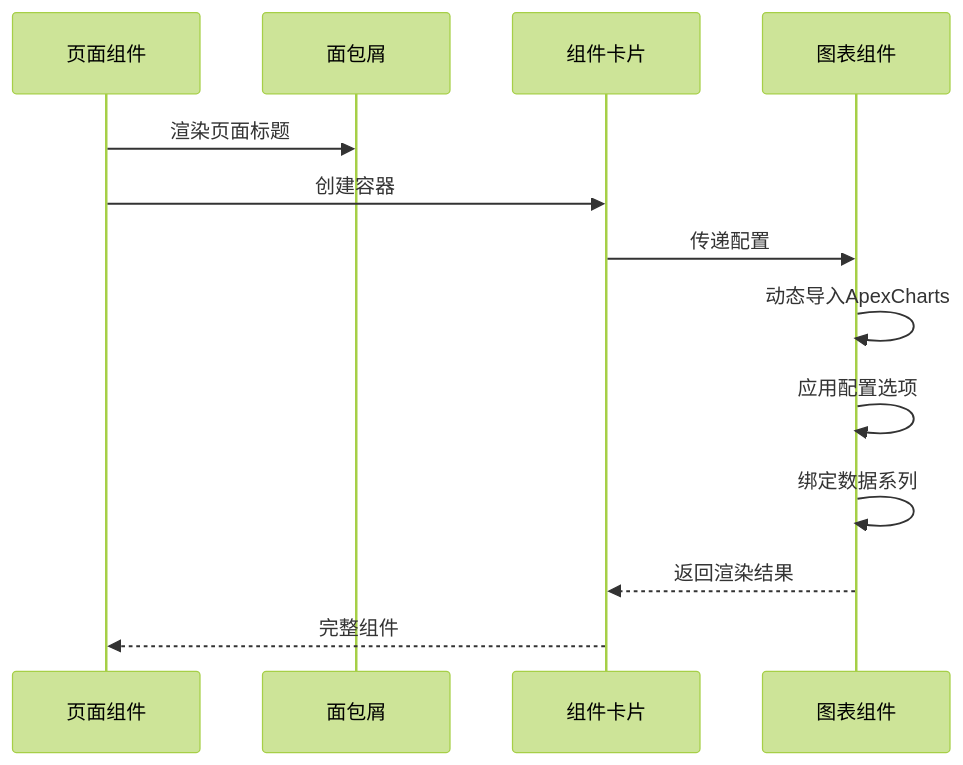
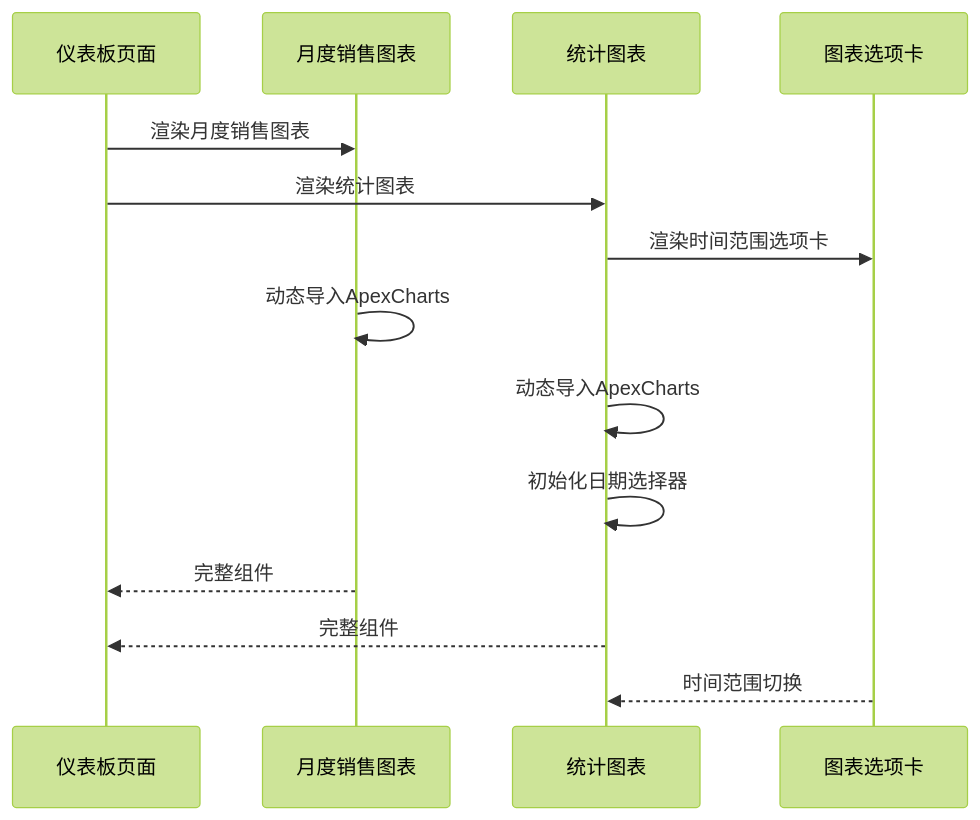
Before and after one commit to HAOFUYANG/nextjs-admin: the fifth of 9 diagrams in .qoder/repowiki/zh/content/页面路由系统/页面类型组织结构/图表页面.md, drawn with Mermaid (forest theme). The commit also changed other lines of this file and 36 other files, not shown here.

````diff
--- a/.qoder/repowiki/zh/content/页面路由系统/页面类型组织结构/图表页面.md
+++ b/.qoder/repowiki/zh/content/页面路由系统/页面类型组织结构/图表页面.md
@@ -297,15 +301,16 @@
 ```mermaid
 sequenceDiagram
-participant Page as 页面组件
-participant Breadcrumb as 面包屑
-participant Card as 组件卡片
-participant Chart as 图表组件
-Page->>Breadcrumb : 渲染页面标题
-Page->>Card : 创建容器
-Card->>Chart : 传递配置
-Chart->>Chart : 动态导入ApexCharts
-Chart->>Chart : 应用配置选项
-Chart->>Chart : 绑定数据系列
-Chart-->>Card : 返回渲染结果
-Card-->>Page : 完整组件
+participant Dashboard as 仪表板页面
+participant SalesChart as 月度销售图表
+participant StatsChart as 统计图表
+participant ChartTab as 图表选项卡
+Dashboard->>SalesChart : 渲染月度销售图表
+Dashboard->>StatsChart : 渲染统计图表
+StatsChart->>ChartTab : 渲染时间范围选项卡
+SalesChart->>SalesChart : 动态导入ApexCharts
+StatsChart->>StatsChart : 动态导入ApexCharts
+StatsChart->>StatsChart : 初始化日期选择器
+SalesChart-->>Dashboard : 完整组件
+StatsChart-->>Dashboard : 完整组件
+ChartTab-->>StatsChart : 时间范围切换
 ```
````
